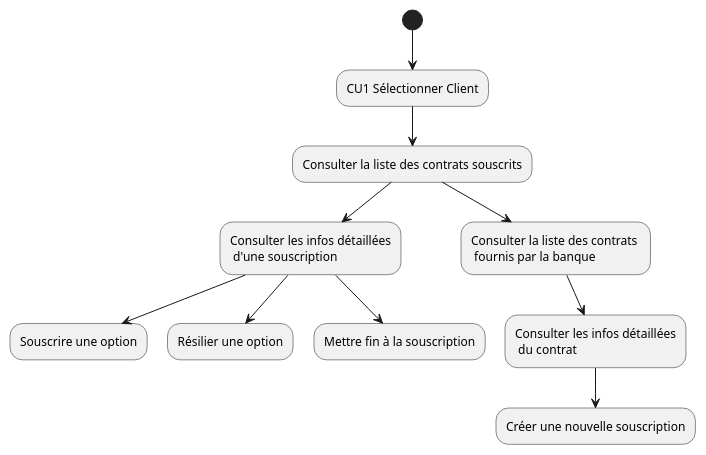
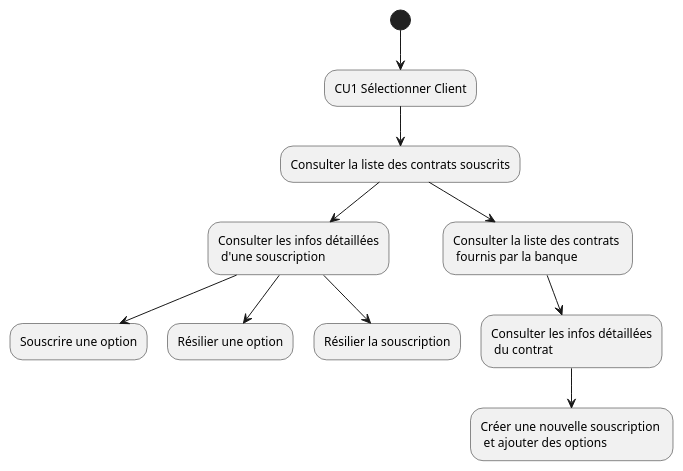
One commit to HZjiadong/PLD-MARS changed the diagram in src/documentation/CU4_DA.puml. Above: the diagram before and after it, drawn with PlantUML. The commit also changed 1 other file, not shown here.

Commit message:
fix(CU4): add options in creation of a new contract, fix lexical errors

```diff
--- a/src/documentation/CU4_DA.puml
+++ b/src/documentation/CU4_DA.puml
@@ -1,15 +1,15 @@
 @startuml
 (*)  --> "CU1 Sélectionner Client"
 --> "Consulter la liste des contrats souscrits"
 
 "Consulter la liste des contrats souscrits"-->  "Consulter les infos détaillées\n d'une souscription"
 "Consulter la liste des contrats souscrits"--> "Consulter la liste des contrats \n fournis par la banque "
 
 "Consulter les infos détaillées\n d'une souscription" --> "Souscrire une option"
 "Consulter les infos détaillées\n d'une souscription" --> "Résilier une option"
-"Consulter les infos détaillées\n d'une souscription" --> "Mettre fin à la souscription"
+"Consulter les infos détaillées\n d'une souscription" --> "Résilier la souscription"
 
 "Consulter la liste des contrats \n fournis par la banque " --> "Consulter les infos détaillées\n du contrat"
-"Consulter les infos détaillées\n du contrat" --> "Créer une nouvelle souscription"
+"Consulter les infos détaillées\n du contrat" --> "Créer une nouvelle souscription \n et ajouter des options"
 
 @enduml
```
